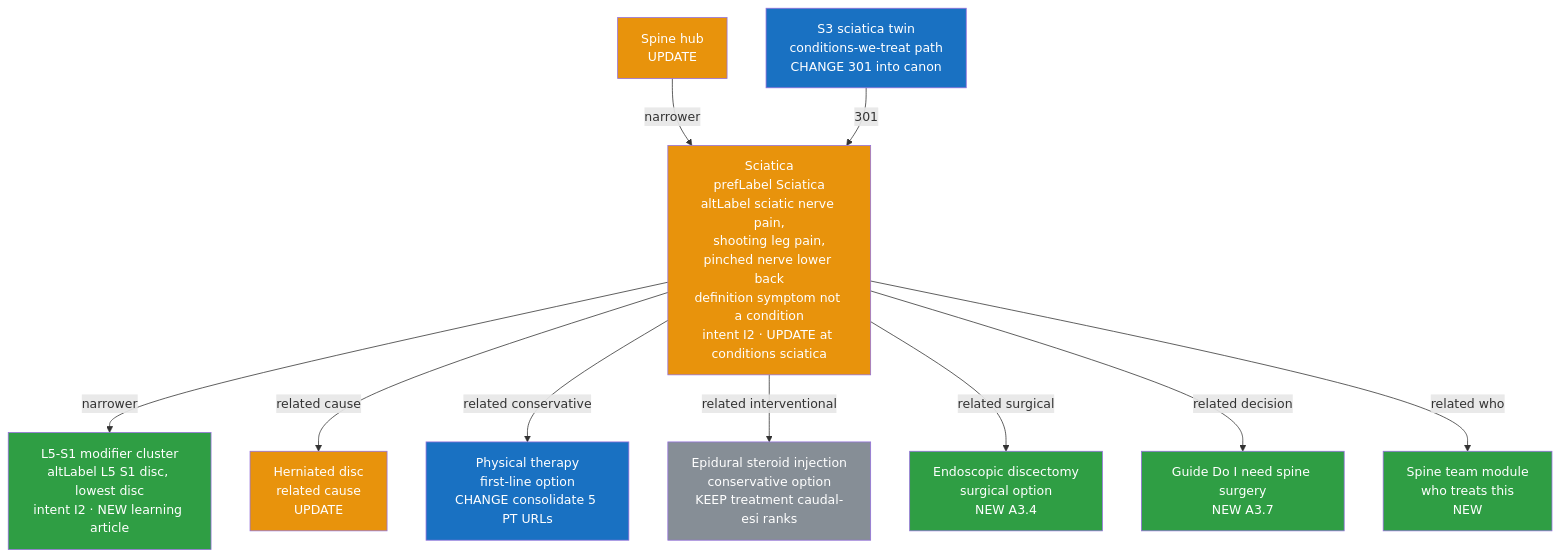
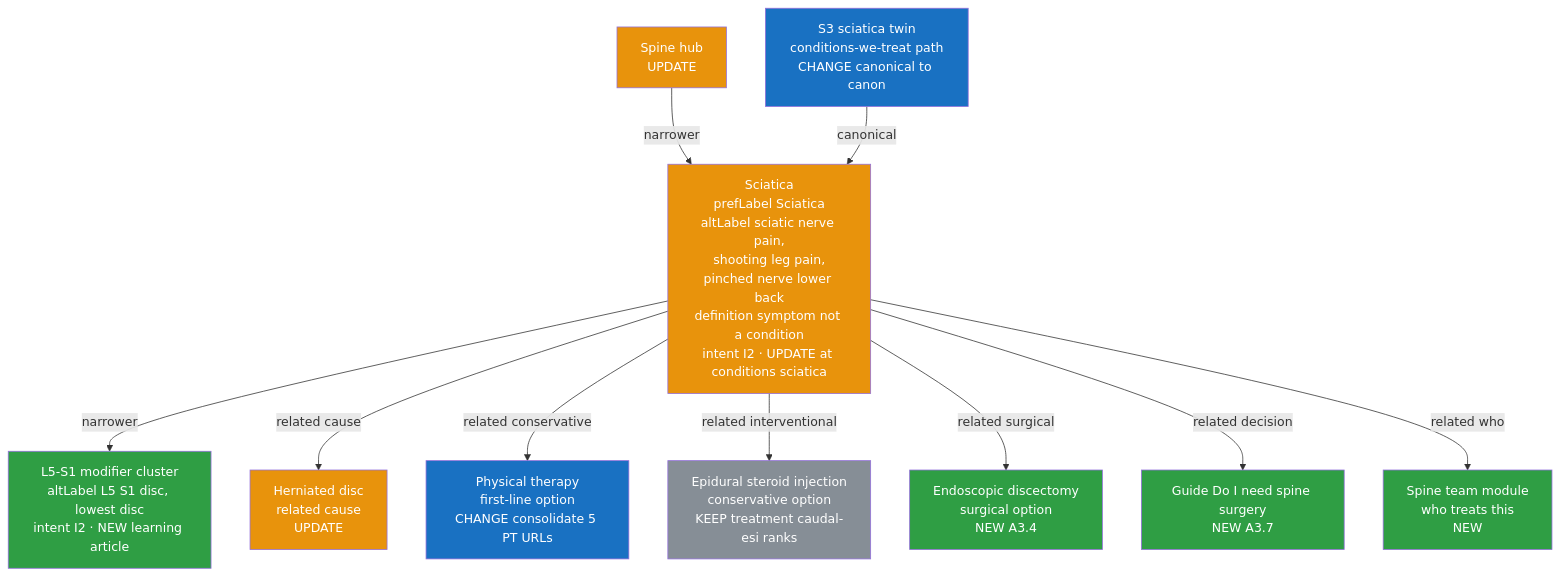
The fourth of 9 diagrams in playbooks/spine-semantic-model.md (JosephAndrewMacLean/SHP), drawn with Mermaid before and after one commit. The commit also changed other lines of this file and 7 other files, not shown here.

````diff
--- a/playbooks/spine-semantic-model.md
+++ b/playbooks/spine-semantic-model.md
@@ -206,32 +206,32 @@
 ```mermaid
 flowchart TD
     HUB[Spine hub<br/>UPDATE]
     SCI[Sciatica<br/>prefLabel Sciatica<br/>altLabel sciatic nerve pain,<br/>shooting leg pain,<br/>pinched nerve lower back<br/>definition symptom not a condition<br/>intent I2 · UPDATE at conditions sciatica]
-    SCITWIN[S3 sciatica twin<br/>conditions-we-treat path<br/>CHANGE 301 into canon]
+    SCITWIN[S3 sciatica twin<br/>conditions-we-treat path<br/>CHANGE canonical to canon]
     L5S1[L5-S1 modifier cluster<br/>altLabel L5 S1 disc, lowest disc<br/>intent I2 · NEW learning article]
     HERN[Herniated disc<br/>related cause<br/>UPDATE]
     ESI[Epidural steroid injection<br/>conservative option<br/>KEEP treatment caudal-esi ranks]
     ENDO[Endoscopic discectomy<br/>surgical option<br/>NEW A3.4]
     PT[Physical therapy<br/>first-line option<br/>CHANGE consolidate 5 PT URLs]
     GDO[Guide Do I need spine surgery<br/>NEW A3.7]
     TEAM[Spine team module<br/>who treats this<br/>NEW]
 
     HUB -->|narrower| SCI
-    SCITWIN -->|301| SCI
+    SCITWIN -->|canonical| SCI
     SCI -->|narrower| L5S1
     SCI -->|related cause| HERN
     SCI -->|related conservative| PT
     SCI -->|related interventional| ESI
     SCI -->|related surgical| ENDO
     SCI -->|related decision| GDO
     SCI -->|related who| TEAM
 
     classDef newN fill:#2f9e44,color:#fff
     classDef updN fill:#e8930c,color:#fff
     classDef chgN fill:#1971c2,color:#fff
     classDef keepN fill:#868e96,color:#fff
     class L5S1,ENDO,GDO,TEAM newN
     class SCI,HERN,HUB updN
     class SCITWIN,PT chgN
     class ESI keepN
 ```
````
